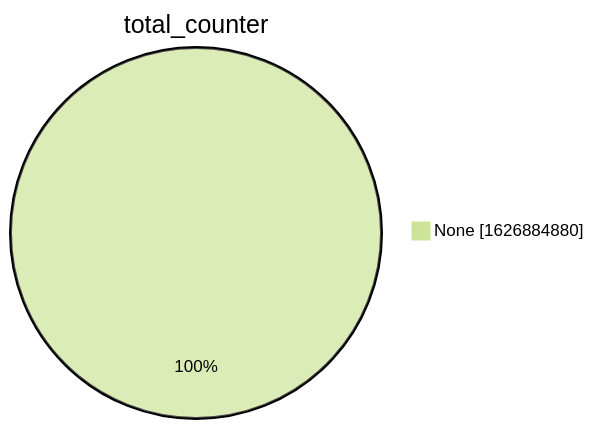
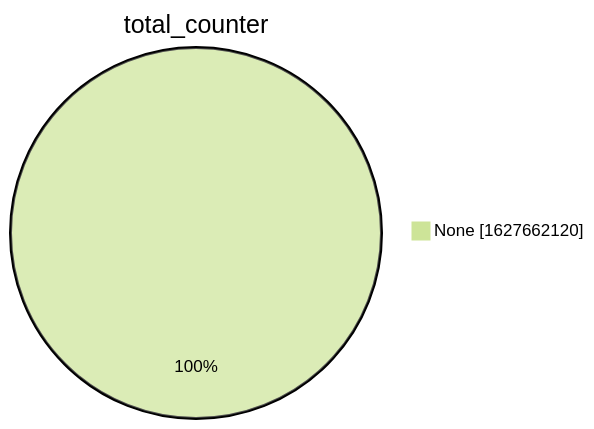
One commit to christiankrug/ctmonitor_visualization changed the second of 15 diagrams in xenon2022/README.md. Above: the diagram before and after it, drawn with Mermaid (forest theme). The commit also changed other lines of this file, not shown here.

````diff
--- a/xenon2022/README.md
+++ b/xenon2022/README.md
@@ -9,5 +9,5 @@
 ```mermaid
 pie showData
 title total_counter
-"None" :1626884880
+"None" :1627662120
 ```
````
